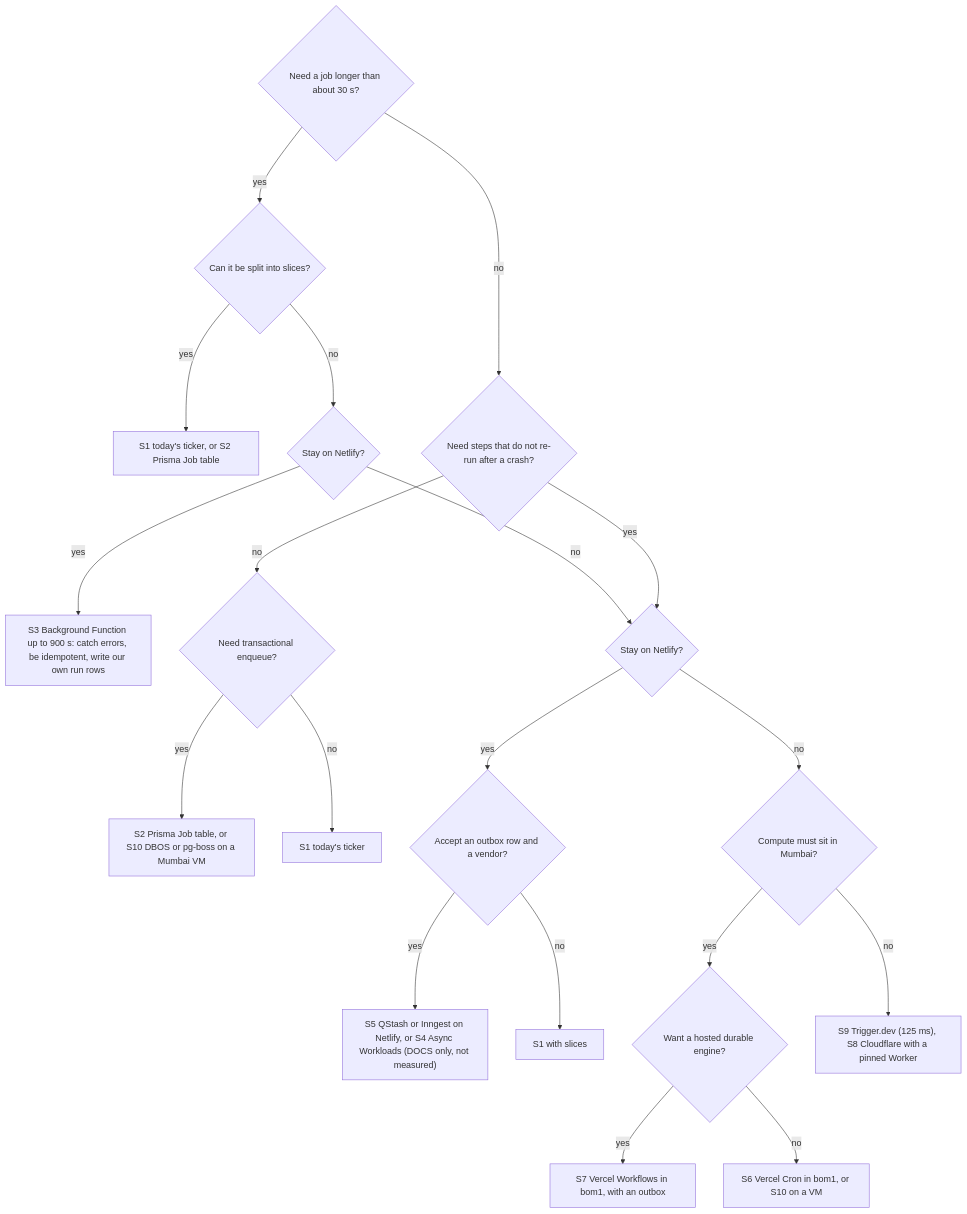
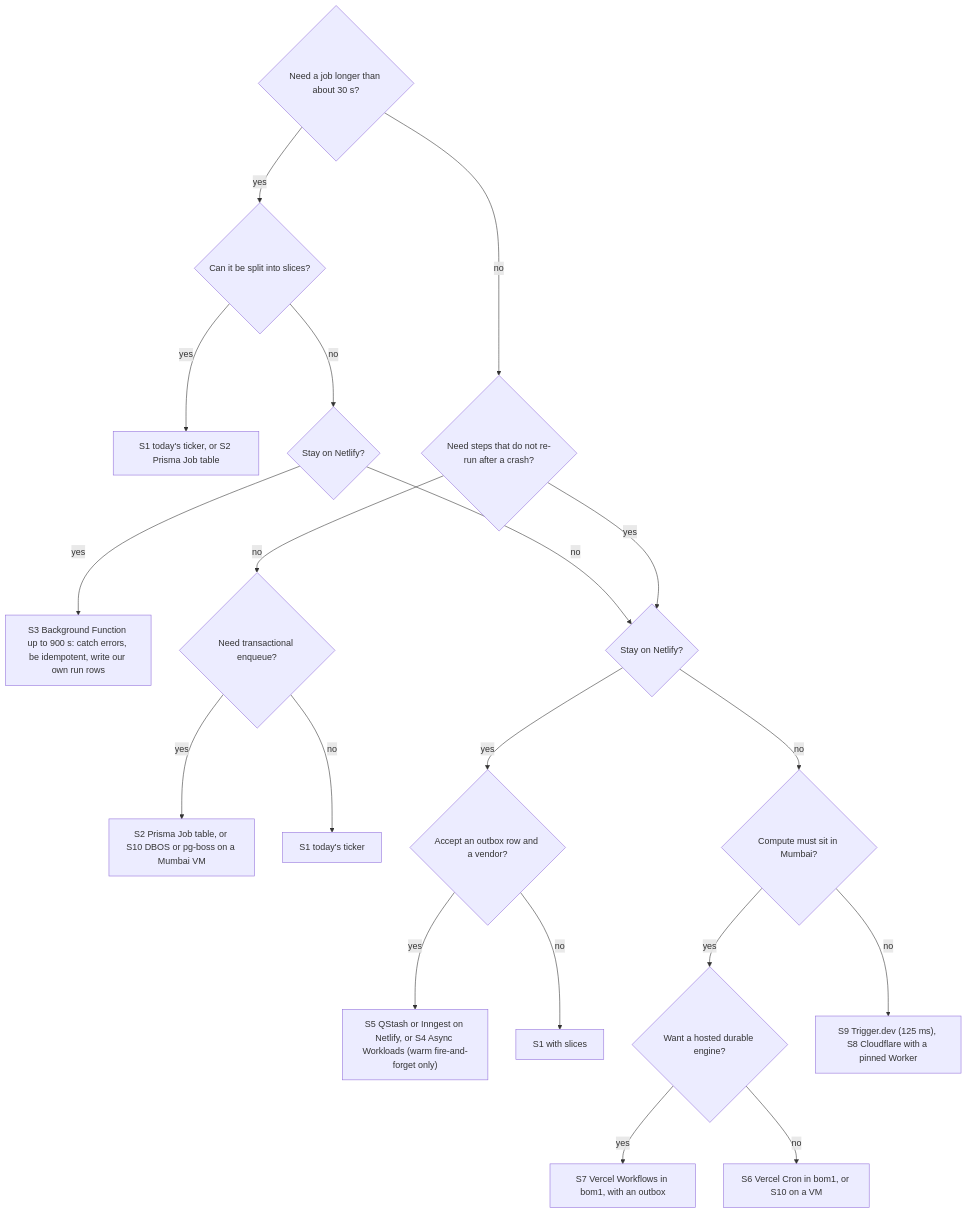
Before and after one commit to Practitionist/familiarise_web: the second of 3 diagrams in docs/maintenance/15-job-runtime-layer-matrix.md, drawn with Mermaid. The commit also changed other lines of this file and 16 other files, not shown here.

Commit message:
docs: measure Async Workloads, add the Mumbai VM research and apply the review findings

````diff
--- a/docs/maintenance/15-job-runtime-layer-matrix.md
+++ b/docs/maintenance/15-job-runtime-layer-matrix.md
@@ -130,22 +130,22 @@
 ```mermaid
 flowchart TD
   Q1{"Need a job longer than about 30 s?"}
   Q1 -- yes --> Q1B{"Can it be split into slices?"}
   Q1B -- yes --> S1["S1 today's ticker, or S2 Prisma Job table"]
   Q1B -- no --> Q1C{"Stay on Netlify?"}
   Q1C -- yes --> S3["S3 Background Function up to 900 s: catch errors, be idempotent, write our own run rows"]
   Q1C -- no --> Q4
   Q1 -- no --> Q2{"Need steps that do not re-run after a crash?"}
   Q2 -- no --> Q3{"Need transactional enqueue?"}
   Q2 -- yes --> Q4{"Stay on Netlify?"}
   Q3 -- yes --> S2["S2 Prisma Job table, or S10 DBOS or pg-boss on a Mumbai VM"]
   Q3 -- no --> S1C["S1 today's ticker"]
   Q4 -- yes --> Q5{"Accept an outbox row and a vendor?"}
-  Q5 -- yes --> S5["S5 QStash or Inngest on Netlify, or S4 Async Workloads (DOCS only, not measured)"]
+  Q5 -- yes --> S5["S5 QStash or Inngest on Netlify, or S4 Async Workloads (warm fire-and-forget only)"]
   Q5 -- no --> S1D["S1 with slices"]
   Q4 -- no --> Q6{"Compute must sit in Mumbai?"}
   Q6 -- yes --> Q7{"Want a hosted durable engine?"}
   Q7 -- yes --> S7["S7 Vercel Workflows in bom1, with an outbox"]
   Q7 -- no --> S6["S6 Vercel Cron in bom1, or S10 on a VM"]
   Q6 -- no --> S9["S9 Trigger.dev (125 ms), S8 Cloudflare with a pinned Worker"]
 ```
````
